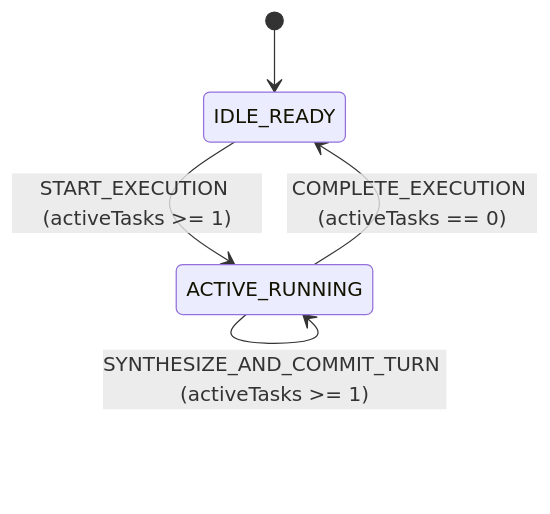
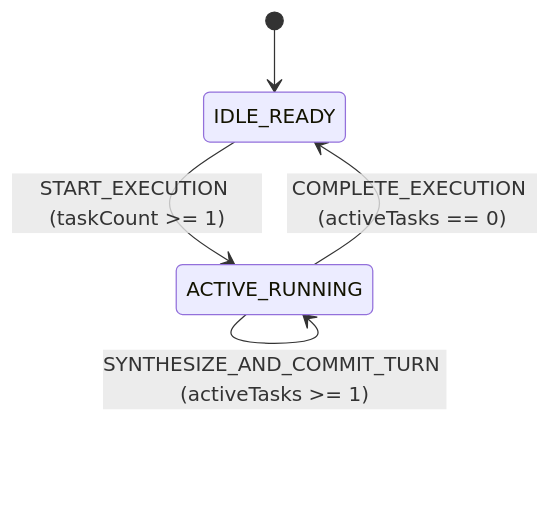
Before and after one commit to jinseobhong/eterna-luminas: the diagram in docs/SPECIFICATION.md, drawn with Mermaid. The commit also changed other lines of this file and 21 other files, not shown here.

````diff
--- a/docs/SPECIFICATION.md
+++ b/docs/SPECIFICATION.md
@@ -201,7 +181,7 @@
 ```mermaid
 stateDiagram-v2
     [*] --> IDLE_READY
-    IDLE_READY --> ACTIVE_RUNNING : START_EXECUTION (activeTasks >= 1)
+    IDLE_READY --> ACTIVE_RUNNING : START_EXECUTION (taskCount >= 1)
     ACTIVE_RUNNING --> ACTIVE_RUNNING : SYNTHESIZE_AND_COMMIT_TURN (activeTasks >= 1)
     ACTIVE_RUNNING --> IDLE_READY : COMPLETE_EXECUTION (activeTasks == 0)
 ```
````
